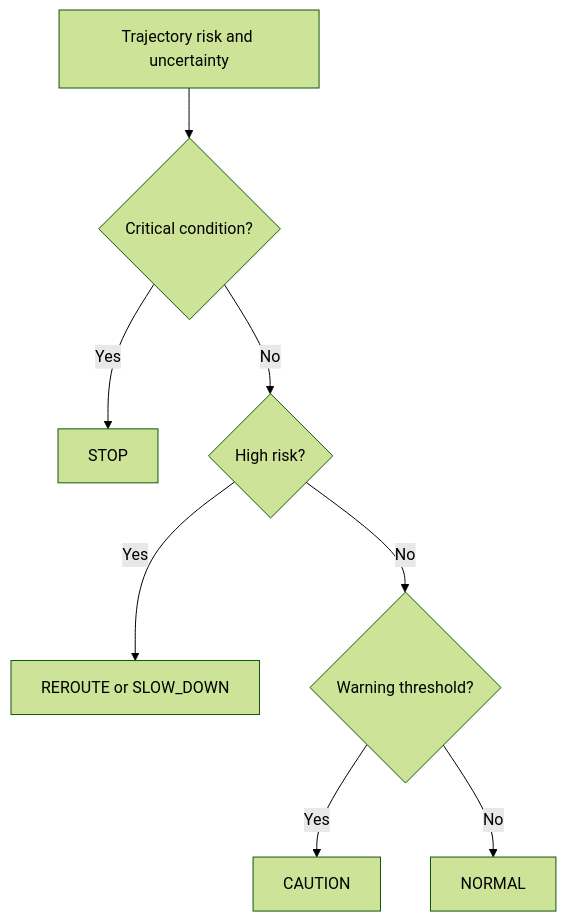
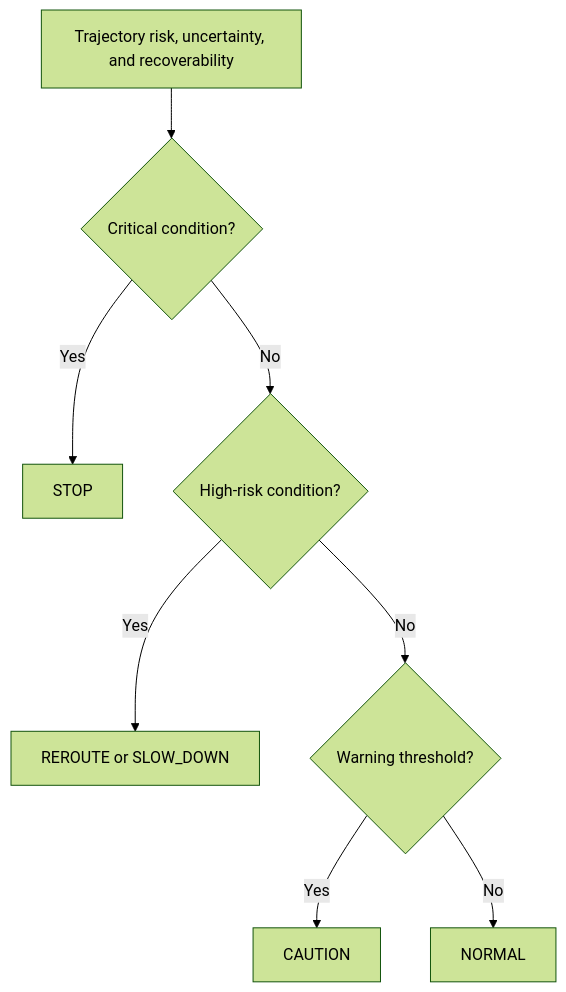
One commit to panagiotagrosdouli/uncertainty-aware-navigation changed the second of 2 diagrams in README.md. Above: the diagram before and after it, drawn with Mermaid (forest theme). The commit also changed other lines of this file, not shown here.

````diff
--- a/README.md
+++ b/README.md
@@ -151,10 +171,10 @@
 ```mermaid
 flowchart TD
-    X[Trajectory risk and uncertainty] --> Q{Critical condition?}
+    X[Trajectory risk, uncertainty, and recoverability] --> Q{Critical condition?}
     Q -- Yes --> STOP[STOP]
-    Q -- No --> H{High risk?}
+    Q -- No --> H{High-risk condition?}
     H -- Yes --> RE[REROUTE or SLOW_DOWN]
     H -- No --> W{Warning threshold?}
     W -- Yes --> CA[CAUTION]
     W -- No --> NO[NORMAL]
 ```
````
